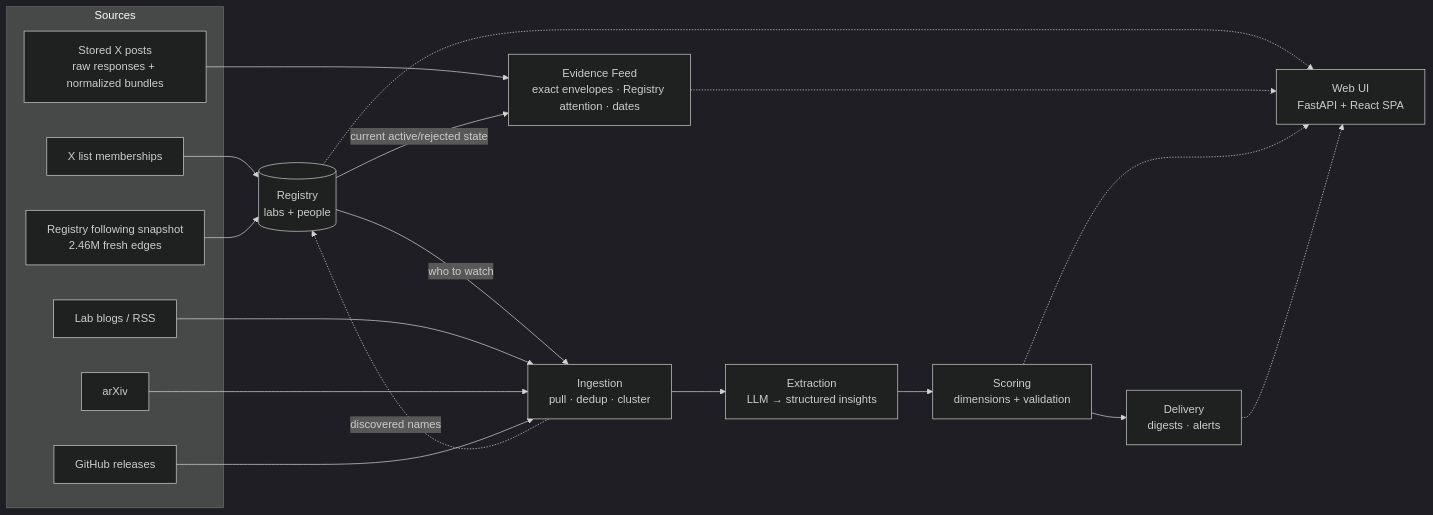
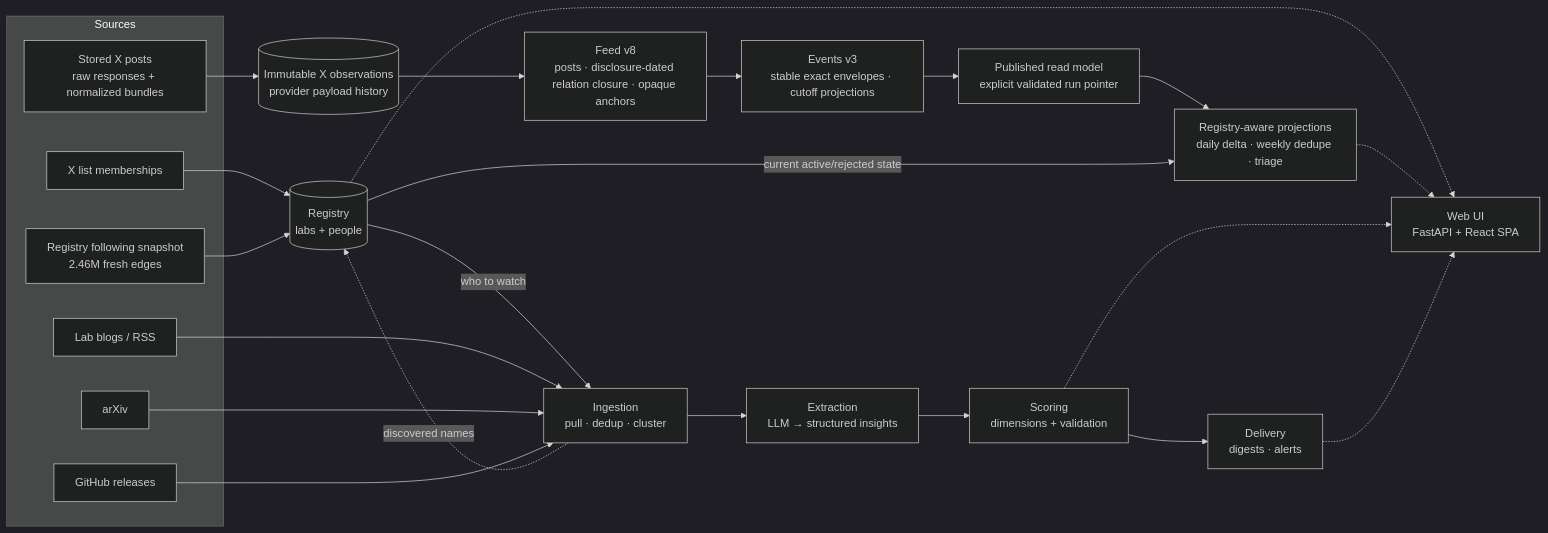
Before and after one commit to AdithyanI/frontier-lab-intelligence: the first of 5 diagrams in docs/architecture/overview.md, drawn with Mermaid (dark theme). The commit also changed other lines of this file and 41 other files, not shown here.

````diff
--- a/docs/architecture/overview.md
+++ b/docs/architecture/overview.md
@@ -205,34 +245,38 @@
 ```mermaid
 flowchart LR
     subgraph sources [Sources]
         XLISTS[X list memberships]
         XFOLLOW[Registry following snapshot<br/>2.46M fresh edges]
         XPOSTS[Stored X posts<br/>raw responses + normalized bundles]
         BLOGS[Lab blogs / RSS]
         ARXIV[arXiv]
         GH[GitHub releases]
     end
 
     REG[(Registry<br/>labs + people)]
     ING[Ingestion<br/>pull · dedup · cluster]
     EXT[Extraction<br/>LLM → structured insights]
     SCO[Scoring<br/>dimensions + validation]
     DEL[Delivery<br/>digests · alerts]
     UI[Web UI<br/>FastAPI + React SPA]
-    FEED[Evidence Feed<br/>exact envelopes · Registry attention · dates]
+    OBS[(Immutable X observations<br/>provider payload history)]
+    FEED[Feed v8<br/>posts · disclosure-dated relation closure · opaque anchors]
+    EVENTS[Events v3<br/>stable exact envelopes · cutoff projections]
+    PUB[Published read model<br/>explicit validated run pointer]
+    READ[Registry-aware projections<br/>daily delta · weekly dedupe · triage]
 
     XLISTS --> REG
     XFOLLOW --> REG
-    XPOSTS --> FEED
-    REG -->|current active/rejected state| FEED
+    XPOSTS --> OBS --> FEED --> EVENTS --> PUB --> READ
+    REG -->|current active/rejected state| READ
     REG -->|who to watch| ING
     BLOGS & ARXIV & GH --> ING
     ING --> EXT
     EXT --> SCO
     SCO --> DEL
     REG -.-> UI
-    FEED -.-> UI
+    READ -.-> UI
     SCO -.-> UI
     DEL -.-> UI
     ING -.->|discovered names| REG
 ```
````
